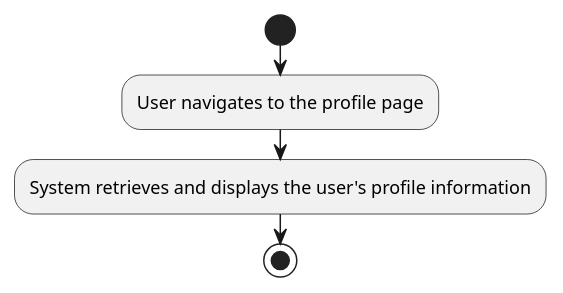
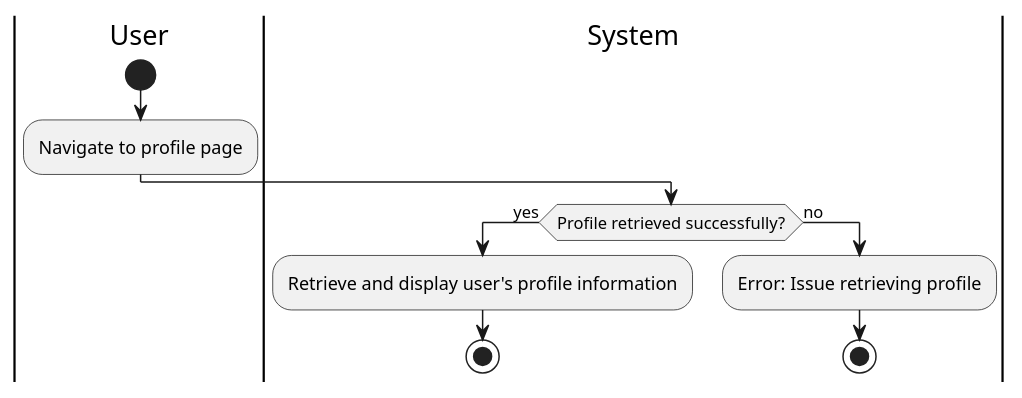
The third of 22 diagrams in docs/checkpoint_1/use_cases.md (tungbeo0221/Forked-crosscodex.github.io), drawn with PlantUML before and after one commit. The commit also changed other lines of this file and 39 other files, not shown here.

````diff
--- a/docs/checkpoint_1/use_cases.md
+++ b/docs/checkpoint_1/use_cases.md
@@ -84,8 +98,15 @@
 ```plantuml
 @startuml
+|User|
 start
-:User navigates to the profile page;
-:System retrieves and displays the user's profile information;
-stop
+:Navigate to profile page;
+|System|
+if (Profile retrieved successfully?) then (yes)
+  :Retrieve and display user's profile information;
+  stop
+else (no)
+  :Error: Issue retrieving profile;
+  stop
+endif
 @enduml
 ```
````
